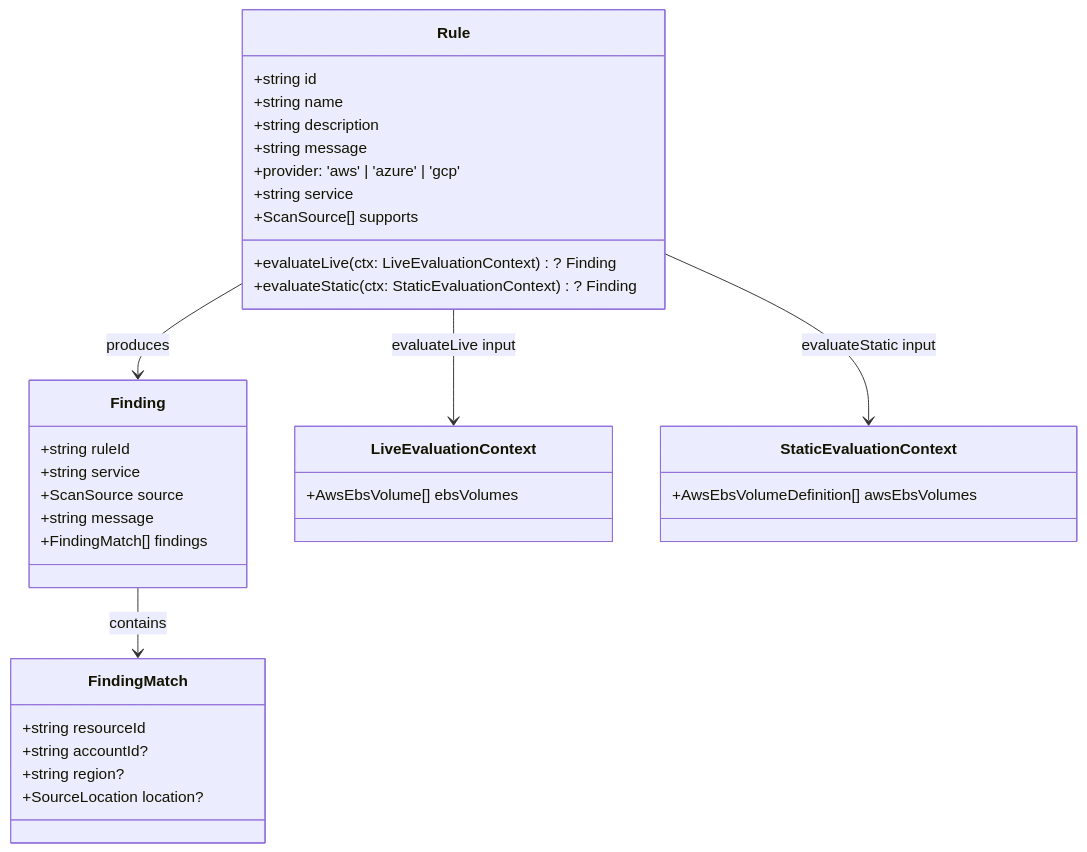
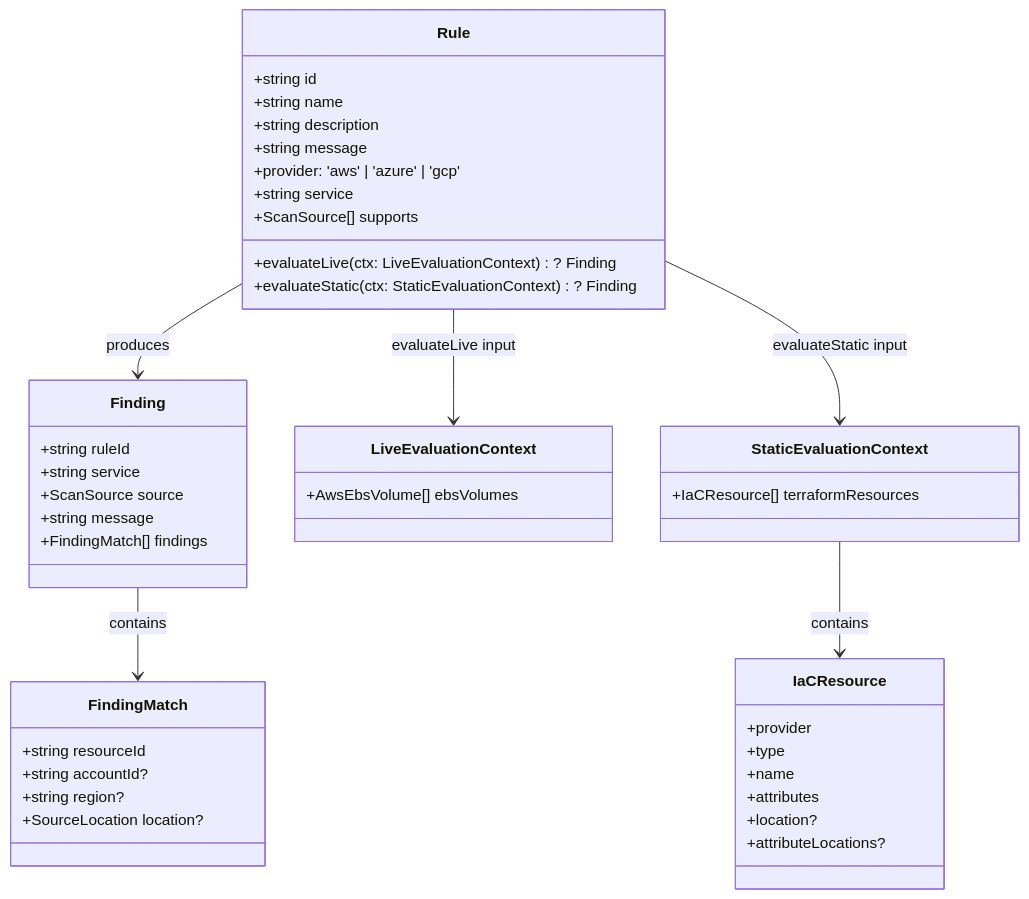
Before and after one commit to towardsthecloud/cloudburn: the first of 2 diagrams in docs/architecture/rules.md, drawn with Mermaid. The commit also changed 19 other files, not shown here.

First line of the commit message:
feat(sdk): generalize aws terraform resource parsing (#14)

````diff
--- a/docs/architecture/rules.md
+++ b/docs/architecture/rules.md
@@ -5,42 +5,52 @@
 ```mermaid
 classDiagram
   class Rule {
     +string id
     +string name
     +string description
     +string message
     +provider: 'aws' | 'azure' | 'gcp'
     +string service
     +ScanSource[] supports
     +evaluateLive(ctx: LiveEvaluationContext)? Finding
     +evaluateStatic(ctx: StaticEvaluationContext)? Finding
   }
 
   class Finding {
     +string ruleId
     +string service
     +ScanSource source
     +string message
     +FindingMatch[] findings
   }
 
   class FindingMatch {
     +string resourceId
     +string accountId?
     +string region?
     +SourceLocation location?
   }
 
   class LiveEvaluationContext {
     +AwsEbsVolume[] ebsVolumes
   }
 
+  class IaCResource {
+    +provider
+    +type
+    +name
+    +attributes
+    +location?
+    +attributeLocations?
+  }
+
   class StaticEvaluationContext {
-    +AwsEbsVolumeDefinition[] awsEbsVolumes
+    +IaCResource[] terraformResources
   }
 
   Rule --> Finding : produces
   Finding --> FindingMatch : contains
   Rule --> LiveEvaluationContext : evaluateLive input
   Rule --> StaticEvaluationContext : evaluateStatic input
+  StaticEvaluationContext --> IaCResource : contains
 ```
````
